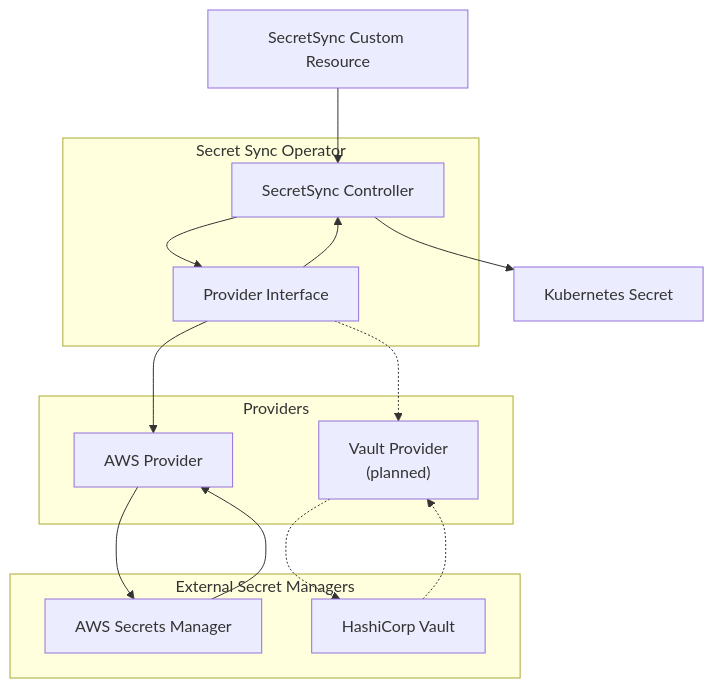
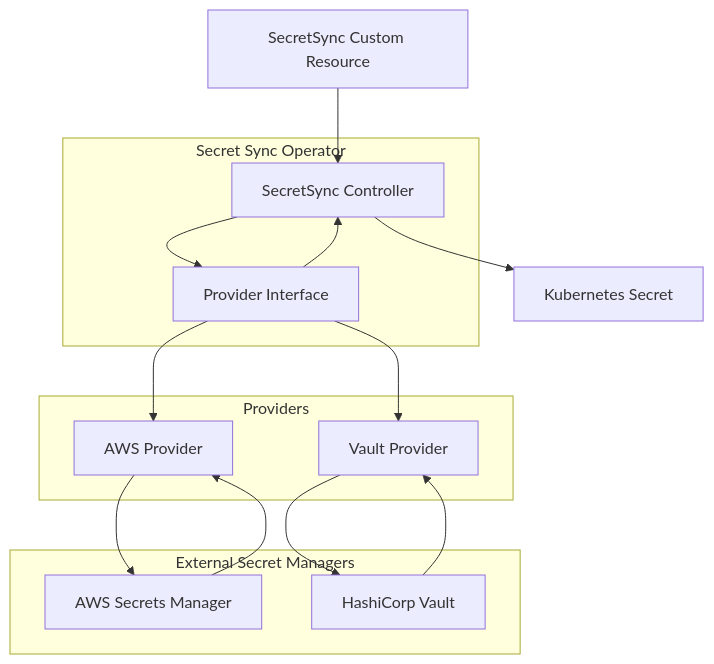
Before and after one commit to ukfungr/secret-sync-operator: the third of 8 diagrams in README.md, drawn with Mermaid. The commit also changed other lines of this file, not shown here.

Commit message:
docs(readme): document Vault token authentication (#3)

````diff
--- a/README.md
+++ b/README.md
@@ -121,36 +129,37 @@
 ```mermaid
 flowchart TB
+
     CR["SecretSync Custom Resource"]
 
     subgraph Operator["Secret Sync Operator"]
         Controller["SecretSync Controller"]
         Provider["Provider Interface"]
     end
 
     subgraph Providers["Providers"]
         AWS["AWS Provider"]
-        Vault["Vault Provider<br/>(planned)"]
+        Vault["Vault Provider"]
     end
 
     subgraph External["External Secret Managers"]
         AWS_SM["AWS Secrets Manager"]
         Vault_SM["HashiCorp Vault"]
     end
 
     K8S["Kubernetes Secret"]
 
     CR --> Controller
     Controller --> Provider
 
     Provider --> AWS
-    Provider -.-> Vault
+    Provider --> Vault
 
     AWS --> AWS_SM
-    Vault -.-> Vault_SM
+    Vault --> Vault_SM
 
     AWS_SM --> AWS
-    Vault_SM -.-> Vault
+    Vault_SM --> Vault
 
     Provider --> Controller
     Controller --> K8S
 ```
````
